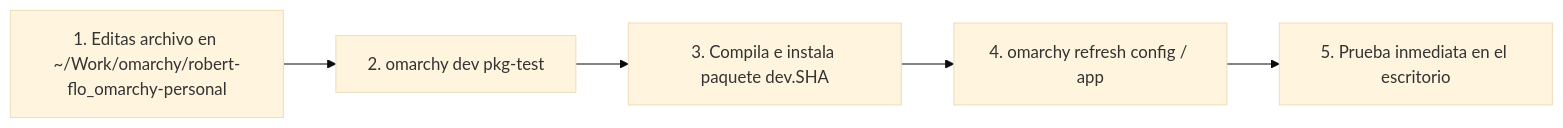
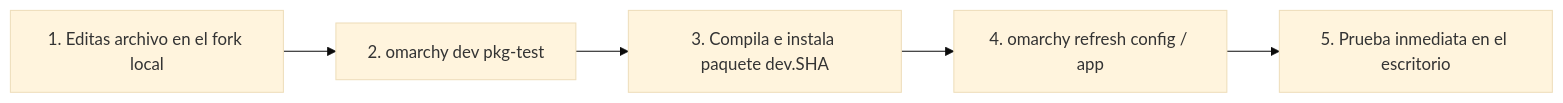
The diagram in operations/01-flujo-desarrollo.md (robert-flo/fork-docs), drawn with Mermaid (base theme) before and after one commit. The commit also changed 7 other files, not shown here.

Commit message:
feat(mermaid): integrate Mermaid.js rendering engine and quote diagram labels

````diff
--- a/operations/01-flujo-desarrollo.md
+++ b/operations/01-flujo-desarrollo.md
@@ -21,7 +21,7 @@
 ```mermaid
 graph LR
-    Code[1. Editas archivo en ~/Work/omarchy/robert-flo_omarchy-personal] --> PkgTest[2. omarchy dev pkg-test]
-    PkgTest --> LocalInstall[3. Compila e instala paquete dev.SHA]
-    LocalInstall --> Refresh[4. omarchy refresh config / app]
-    Refresh --> Test[5. Prueba inmediata en el escritorio]
+    Code["1. Editas archivo en el fork local"] --> PkgTest["2. omarchy dev pkg-test"]
+    PkgTest --> LocalInstall["3. Compila e instala paquete dev.SHA"]
+    LocalInstall --> Refresh["4. omarchy refresh config / app"]
+    Refresh --> Test["5. Prueba inmediata en el escritorio"]
 ```
````
